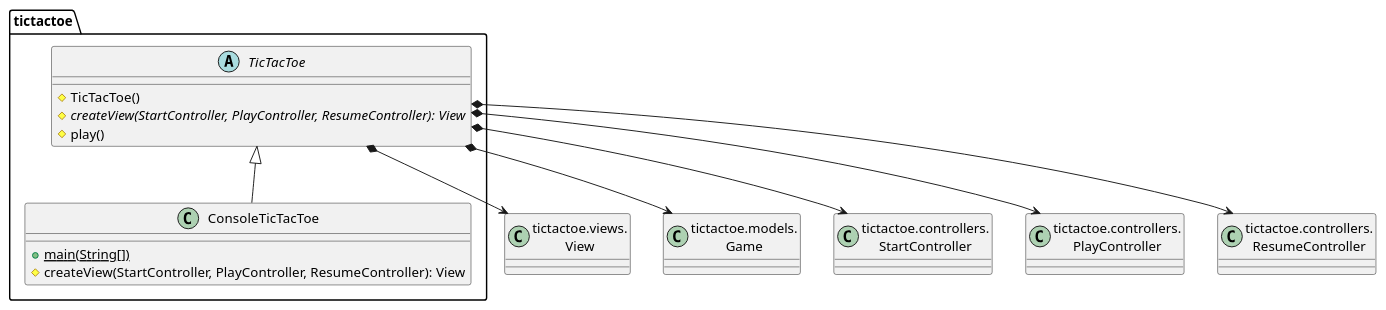
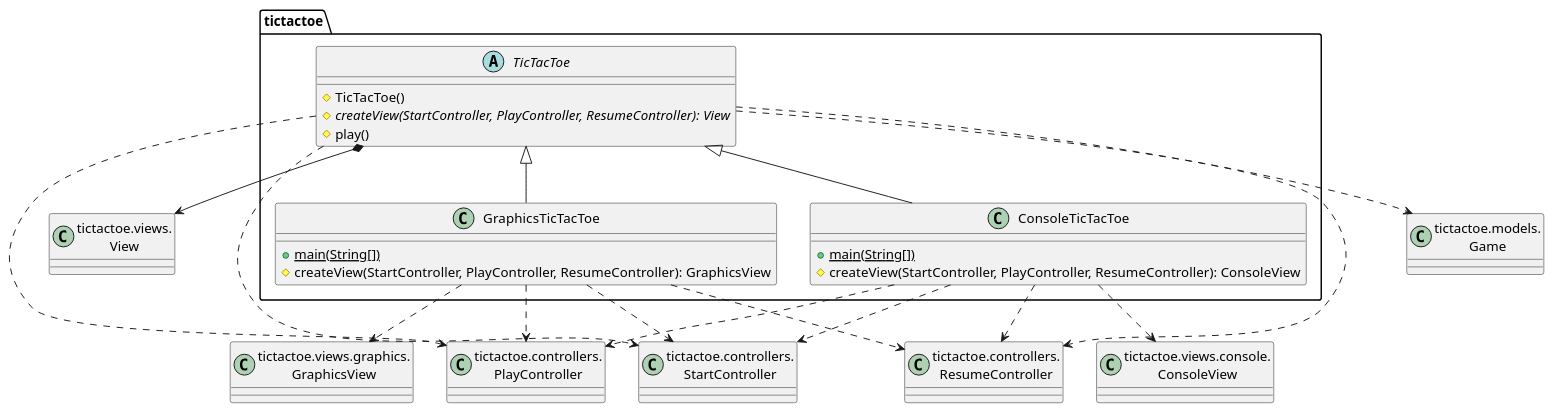
One commit to Jolucaa/USantaTecla-project-ticTacToe changed the first of 8 diagrams in modelViewPresenter/presentationModel/basic/docs/diagrams/src/paquetes.plantuml. Above: the diagram before and after it, drawn with PlantUML. The commit also changed other lines of this file and 16 other files, not shown here.

Commit message:
[mvp.pm.basic] Fixed diagrams and changed some small things in code (refactor)

```diff
--- a/modelViewPresenter/presentationModel/basic/docs/diagrams/src/paquetes.plantuml
+++ b/modelViewPresenter/presentationModel/basic/docs/diagrams/src/paquetes.plantuml
@@ -1,24 +1,40 @@
 @startuml paqueteTicTacToe
-class View as "tictactoe.views.\nView" {}
-class Game as "tictactoe.models.\nGame" {}
-class StartController as "tictactoe.controllers.\nStartController" {}
-class PlayController as "tictactoe.controllers.\nPlayController" {}
-class ResumeController as "tictactoe.controllers.\nResumeController" {}
+class View as "tictactoe.views.\nView"
+class Game as "tictactoe.models.\nGame"
+class StartController as "tictactoe.controllers.\nStartController"
+class PlayController as "tictactoe.controllers.\nPlayController"
+class ResumeController as "tictactoe.controllers.\nResumeController"
+class ConsoleView as "tictactoe.views.console.\nConsoleView"
+class GraphicsView as "tictactoe.views.graphics.\nGraphicsView"
 
 class  tictactoe.ConsoleTicTacToe{
-+ {static} main(String[])
-# createView(StartController, PlayController, ResumeController): View
+  + {static} main(String[])
+  # createView(StartController, PlayController, ResumeController): ConsoleView
 }
 tictactoe.TicTacToe <|-down- tictactoe.ConsoleTicTacToe
+tictactoe.ConsoleTicTacToe .down.> StartController
+tictactoe.ConsoleTicTacToe .down.> PlayController
+tictactoe.ConsoleTicTacToe .down.> ResumeController
+tictactoe.ConsoleTicTacToe .down.> ConsoleView
+
+class  tictactoe.GraphicsTicTacToe{
+  + {static} main(String[])
+  # createView(StartController, PlayController, ResumeController): GraphicsView
+}
+tictactoe.TicTacToe <|-down- tictactoe.GraphicsTicTacToe
+tictactoe.GraphicsTicTacToe .down.> StartController
+tictactoe.GraphicsTicTacToe .down.> PlayController
+tictactoe.GraphicsTicTacToe .down.> ResumeController
+tictactoe.GraphicsTicTacToe .down.> GraphicsView
 
 abstract class  tictactoe.TicTacToe{
-# TicTacToe()
-# {abstract} createView(StartController, PlayController, ResumeController): View
-# play()
+  # TicTacToe()
+  # {abstract} createView(StartController, PlayController, ResumeController): View
+  # play()
 }
-tictactoe.TicTacToe *-down-> Game
 tictactoe.TicTacToe *-down-> View
-tictactoe.TicTacToe *-down-> StartController
-tictactoe.TicTacToe *-down-> PlayController
-tictactoe.TicTacToe *-down-> ResumeController
+tictactoe.TicTacToe .down.> Game
+tictactoe.TicTacToe .down.> StartController
+tictactoe.TicTacToe .down.> PlayController
+tictactoe.TicTacToe .down.> ResumeController
 @enduml
```
